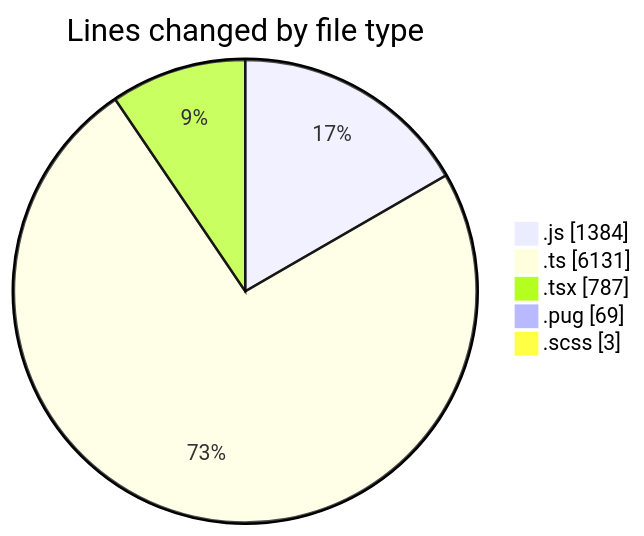
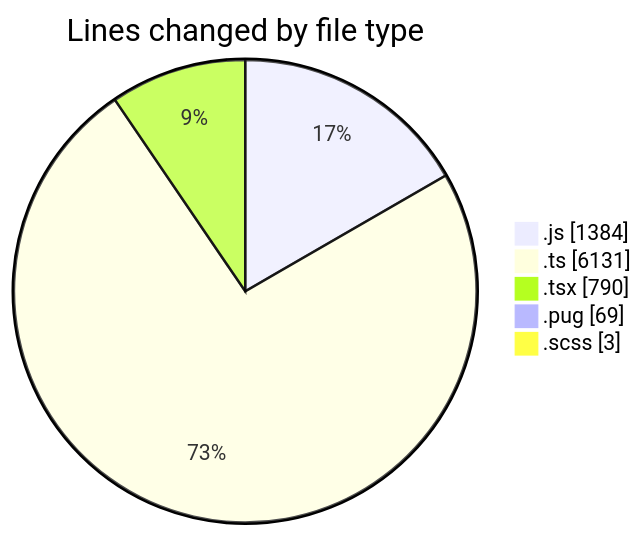
The first of 2 diagrams in 2025-03-25/cda/README.md (momahboobian/code-tracking), drawn with Mermaid before and after one commit. The commit also changed other lines of this file and 1 other file, not shown here.

````diff
--- a/2025-03-25/cda/README.md
+++ b/2025-03-25/cda/README.md
@@ -36,9 +36,9 @@
 ```mermaid
 pie showData
 title Lines changed by file type
 ".js" : 1384
 ".ts" : 6131
-".tsx" : 787
+".tsx" : 790
 ".pug" : 69
 ".scss" : 3
 ```
````
